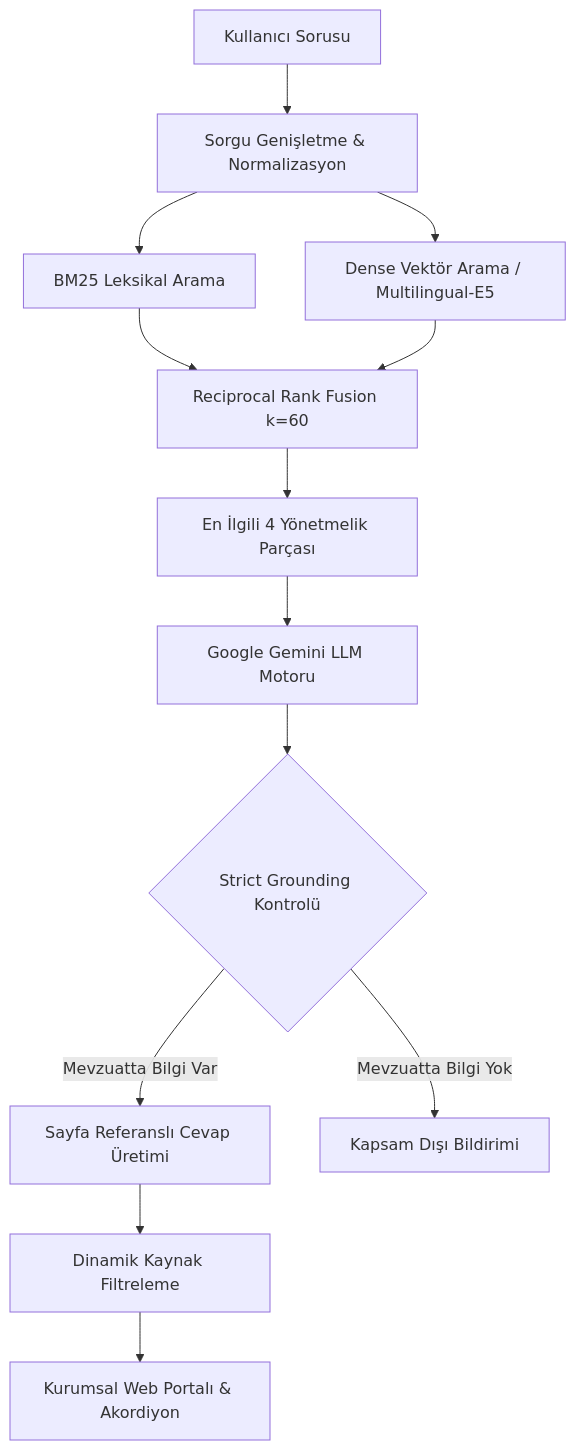
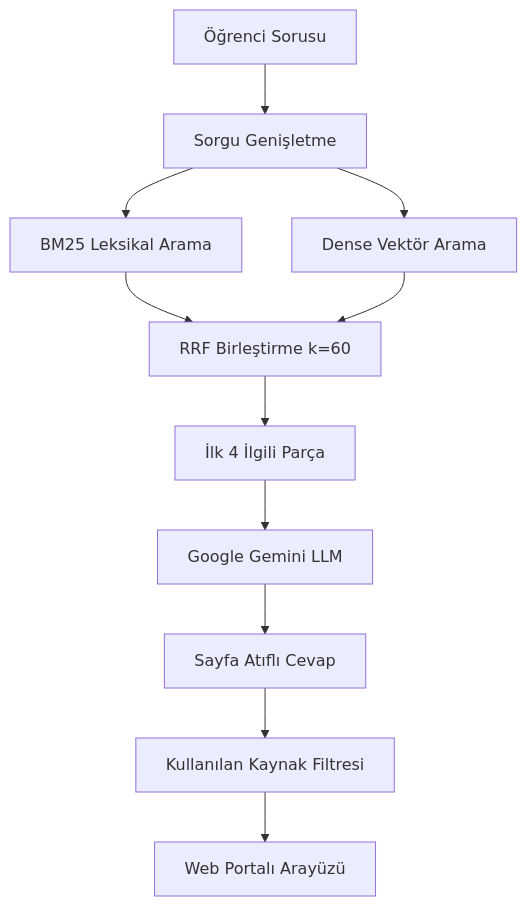
One commit to erimlers/kayu-rag changed the diagram in README.md. Above: the diagram before and after it, drawn with Mermaid. The commit also changed other lines of this file, not shown here.

````diff
--- a/README.md
+++ b/README.md
@@ -57,21 +55,17 @@
 ```mermaid
 flowchart TD
-    A[Kullanıcı Sorusu] --> B[Sorgu Genişletme & Normalizasyon]
+    A[Öğrenci Sorusu] --> B[Sorgu Genişletme]
     
     B --> C[BM25 Leksikal Arama]
-    B --> D[Dense Vektör Arama / Multilingual-E5]
+    B --> D[Dense Vektör Arama]
     
-    C --> E[Reciprocal Rank Fusion k=60]
+    C --> E[RRF Birleştirme k=60]
     D --> E
     
-    E --> F[En İlgili 4 Yönetmelik Parçası]
+    E --> F[İlk 4 İlgili Parça]
+    F --> G[Google Gemini LLM]
     
-    F --> G[Google Gemini LLM Motoru]
-    G --> H{Strict Grounding Kontrolü}
-    
-    H -->|Mevzuatta Bilgi Var| I[Sayfa Referanslı Cevap Üretimi]
-    H -->|Mevzuatta Bilgi Yok| J[Kapsam Dışı Bildirimi]
-    
-    I --> K[Dinamik Kaynak Filtreleme]
-    K --> L[Kurumsal Web Portalı & Akordiyon]
+    G --> H[Sayfa Atıflı Cevap]
+    H --> I[Kullanılan Kaynak Filtresi]
+    I --> J[Web Portalı Arayüzü]
 ```
````
